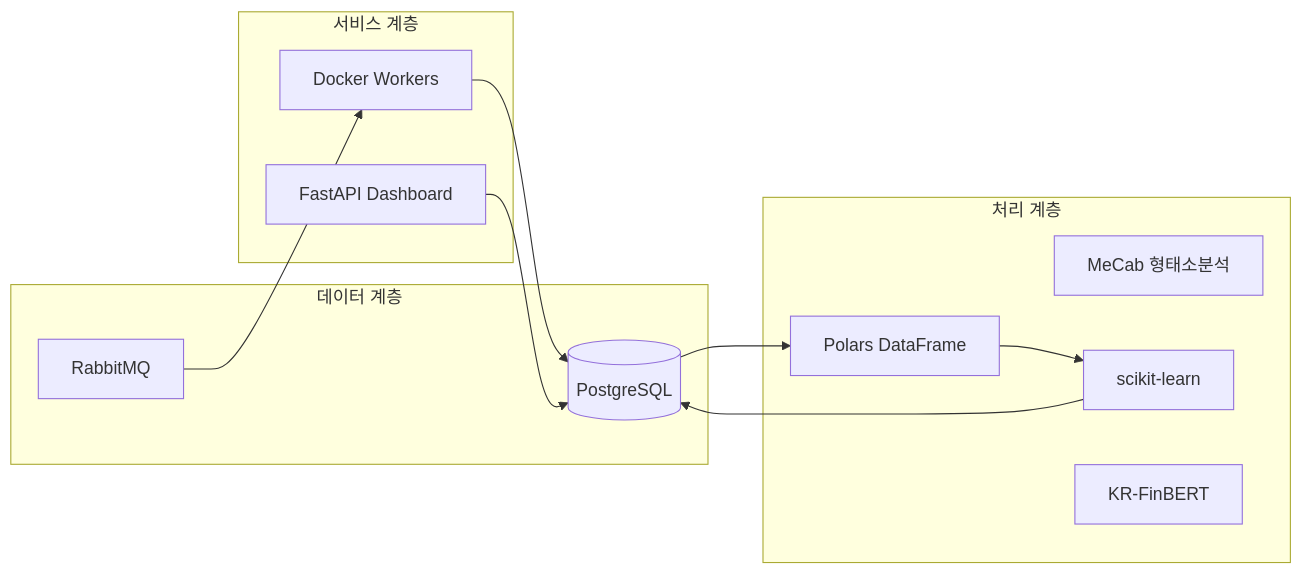
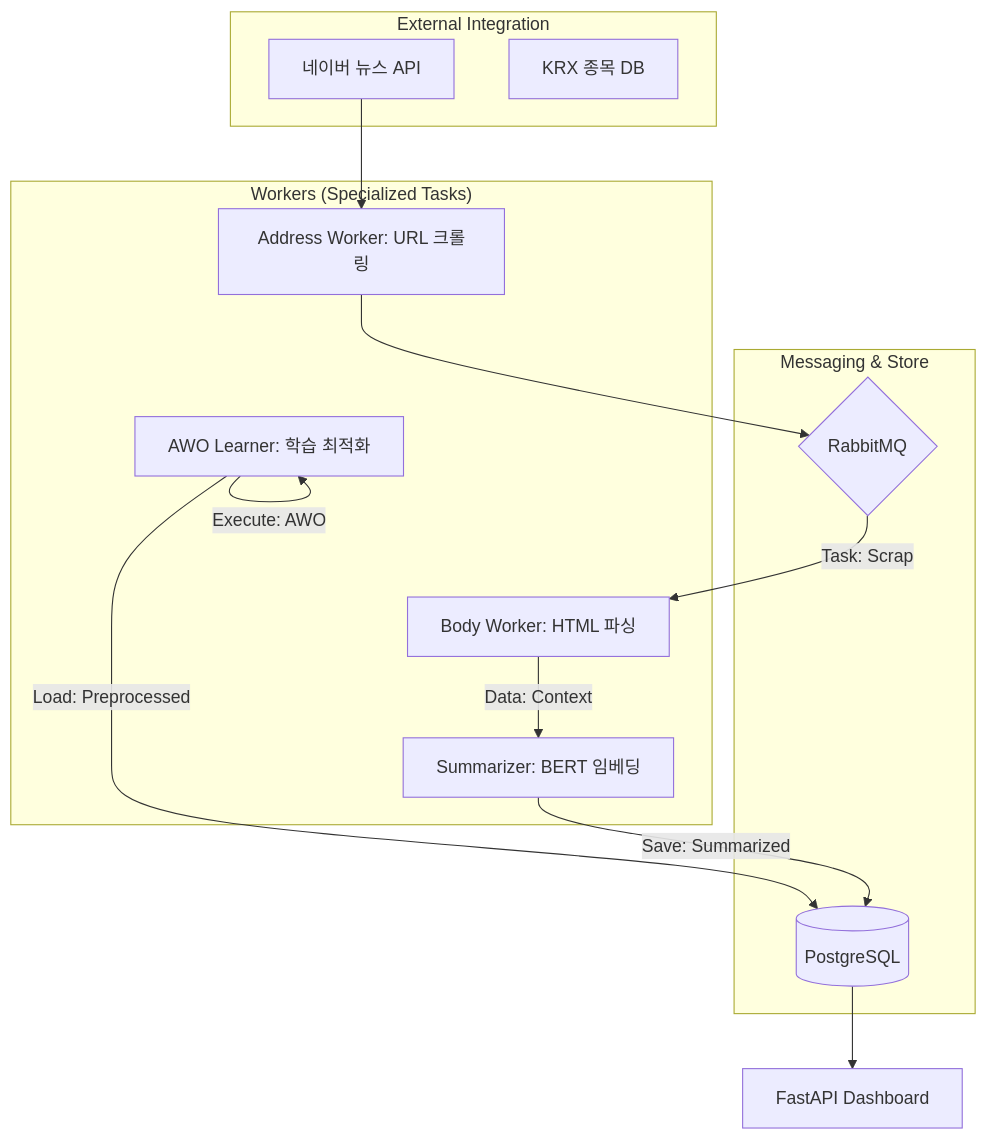
One commit to silverwoods-dev/N-SentiTrader changed the first of 2 diagrams in README.md. Above: the diagram before and after it, drawn with Mermaid. The commit also changed other lines of this file, not shown here.

````diff
--- a/README.md
+++ b/README.md
@@ -49,26 +99,28 @@
 ```mermaid
-graph LR
-    subgraph "데이터 계층"
-        PostgreSQL[(PostgreSQL)]
-        RabbitMQ[RabbitMQ]
+graph TD
+    subgraph "External Integration"
+        Naver[네이버 뉴스 API]
+        KRX[KRX 종목 DB]
     end
-    
-    subgraph "처리 계층"
-        MeCab[MeCab 형태소분석]
-        Polars[Polars DataFrame]
-        Sklearn[scikit-learn]
-        BERT[KR-FinBERT]
+
+    subgraph "Messaging & Store"
+        MQ{RabbitMQ}
+        DB[(PostgreSQL)]
     end
-    
-    subgraph "서비스 계층"
-        FastAPI[FastAPI Dashboard]
-        Workers[Docker Workers]
+
+    subgraph "Workers (Specialized Tasks)"
+        Addr[Address Worker: URL 크롤링]
+        Body[Body Worker: HTML 파싱]
+        Summ[Summarizer: BERT 임베딩]
+        Learner[AWO Learner: 학습 최적화]
     end
-    
-    PostgreSQL --> Polars
-    Polars --> Sklearn
-    Sklearn --> PostgreSQL
-    RabbitMQ --> Workers
-    Workers --> PostgreSQL
-    FastAPI --> PostgreSQL
+
+    Naver --> Addr
+    Addr --> MQ
+    MQ -->|Task: Scrap| Body
+    Body -->|Data: Context| Summ
+    Summ -->|Save: Summarized| DB
+    Learner -->|Load: Preprocessed| DB
+    Learner -->|Execute: AWO| Learner
+    DB --> App[FastAPI Dashboard]
 ```
````
